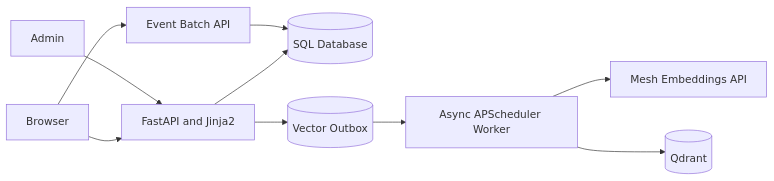
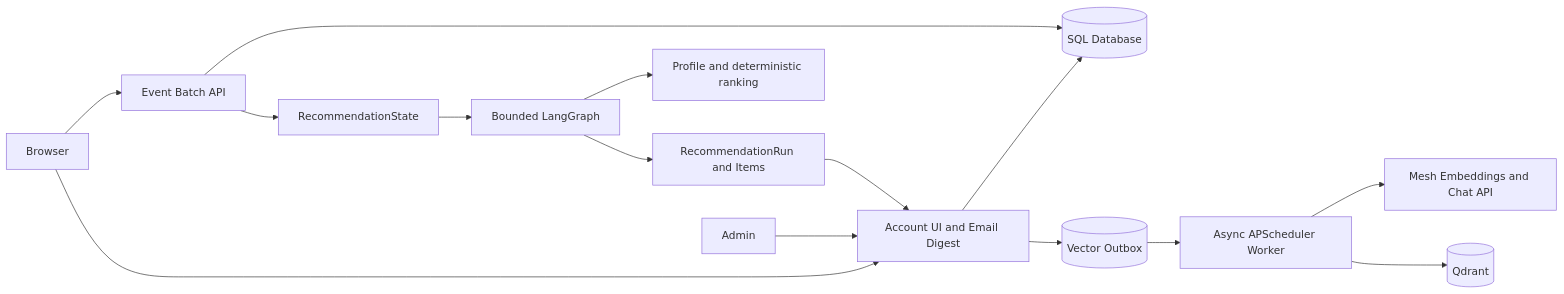
Before and after one commit to AtharvaPagar04/SmartReco: the diagram in README.md, drawn with Mermaid. The commit also changed other lines of this file and 135 other files, not shown here.

Commit message:
Starting with the new personal roadmap section

````diff
--- a/README.md
+++ b/README.md
@@ -9,12 +9,17 @@
 ```mermaid
 flowchart LR
     B[Browser] --> F[FastAPI and Jinja2]
     F --> DB[(SQL Database)]
     B --> E[Event Batch API]
     E --> DB
     A[Admin] --> F
     F --> O[(Vector Outbox)]
     O --> S[Async APScheduler Worker]
-    S --> M[Mesh Embeddings API]
+    S --> M[Mesh Embeddings and Chat API]
     S --> Q[(Qdrant)]
+    E --> R[RecommendationState]
+    R --> G[Bounded LangGraph]
+    G --> P[Profile and deterministic ranking]
+    G --> N[RecommendationRun and Items]
+    N --> F[Account UI and Email Digest]
 ```
````
